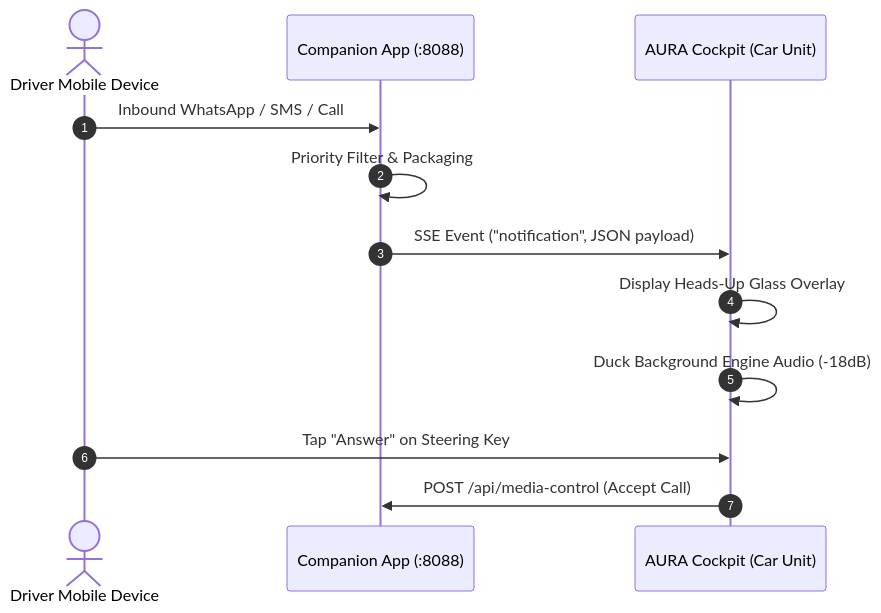
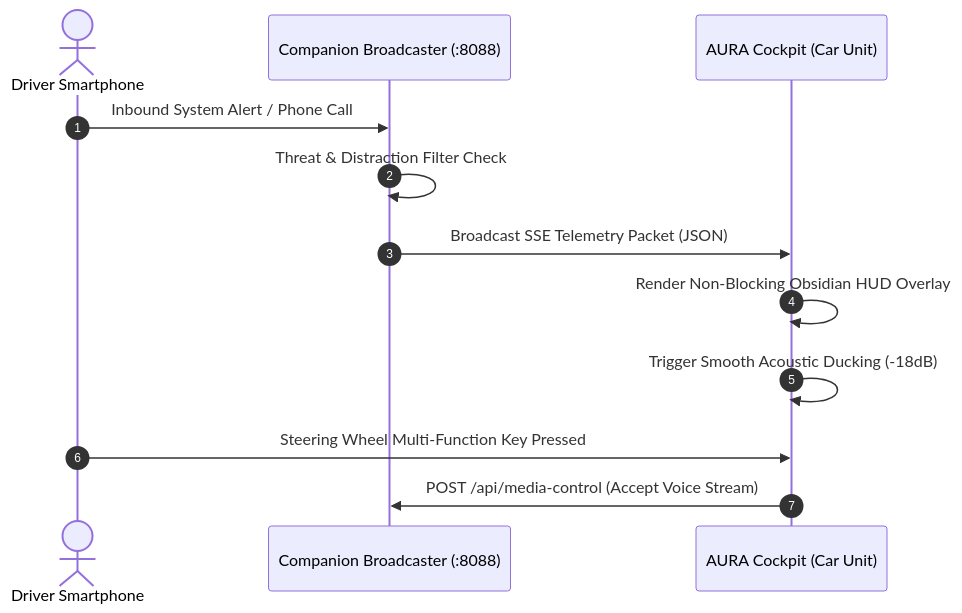
Before and after one commit to dr-week/CAR-SOUND-CHANGER: the second of 2 diagrams in README.md, drawn with Mermaid. The commit also changed other lines of this file and 2 other files, not shown here.

Commit message:
docs: establish DANGER LABS enterprise branding with vector logos, architecture schematics, and hardware matrices

````diff
--- a/README.md
+++ b/README.md
@@ -120,15 +116,15 @@
 ```mermaid
 sequenceDiagram
     autonumber
-    actor Driver as Driver Mobile Device
-    participant Companion as Companion App (:8088)
-    participant HeadUnit as AURA Cockpit (Car Unit)
+    actor Driver as Driver Smartphone
+    participant Node as Companion Broadcaster (:8088)
+    participant Core as AURA Cockpit (Car Unit)
     
-    Driver->>Companion: Inbound WhatsApp / SMS / Call
-    Companion->>Companion: Priority Filter & Packaging
-    Companion->>HeadUnit: SSE Event ("notification", JSON payload)
-    HeadUnit->>HeadUnit: Display Heads-Up Glass Overlay
-    HeadUnit->>HeadUnit: Duck Background Engine Audio (-18dB)
-    Driver->>HeadUnit: Tap "Answer" on Steering Key
-    HeadUnit->>Companion: POST /api/media-control (Accept Call)
+    Driver->>Node: Inbound System Alert / Phone Call
+    Node->>Node: Threat & Distraction Filter Check
+    Node->>Core: Broadcast SSE Telemetry Packet (JSON)
+    Core->>Core: Render Non-Blocking Obsidian HUD Overlay
+    Core->>Core: Trigger Smooth Acoustic Ducking (-18dB)
+    Driver->>Core: Steering Wheel Multi-Function Key Pressed
+    Core->>Node: POST /api/media-control (Accept Voice Stream)
 ```
````
